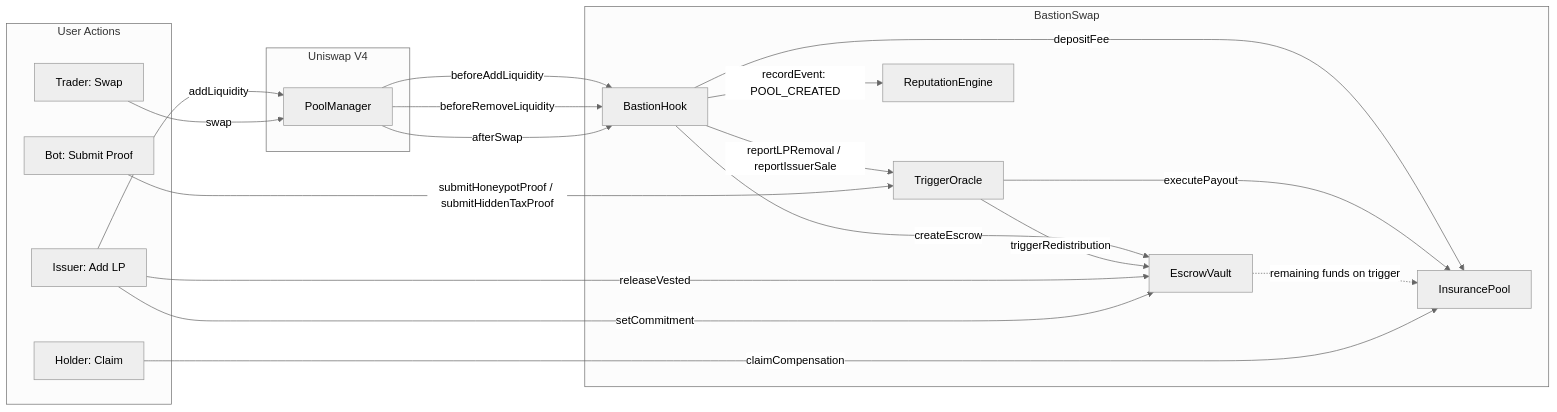
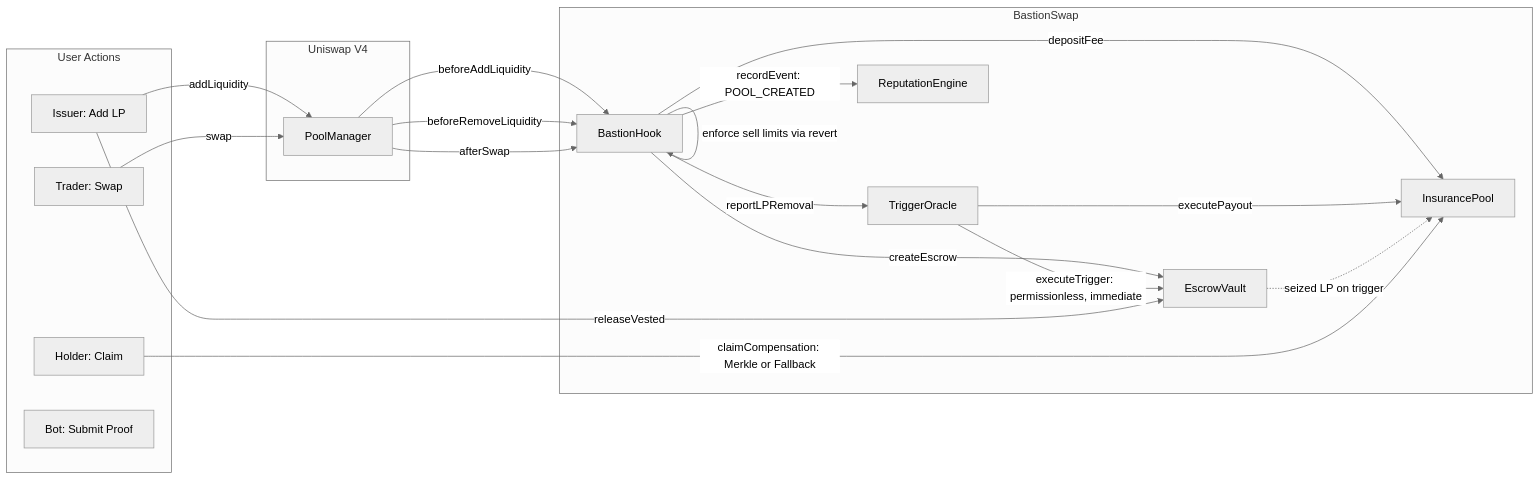
One commit to bastionswap/bastionswap changed the first of 6 diagrams in docs/ARCHITECTURE.md. Above: the diagram before and after it, drawn with Mermaid (neutral theme). The commit also changed other lines of this file and 1 other file, not shown here.

````diff
--- a/docs/ARCHITECTURE.md
+++ b/docs/ARCHITECTURE.md
@@ -11,42 +11,41 @@
 ```mermaid
 graph LR
     subgraph "User Actions"
         IS[Issuer: Add LP]
         TR[Trader: Swap]
         CL[Holder: Claim]
         BOT[Bot: Submit Proof]
     end
 
     subgraph "Uniswap V4"
         PM[PoolManager]
     end
 
     subgraph "BastionSwap"
         BH[BastionHook]
         EV[EscrowVault]
         IP[InsurancePool]
         TO[TriggerOracle]
         RE[ReputationEngine]
     end
 
     IS -->|addLiquidity| PM
     TR -->|swap| PM
     PM -->|beforeAddLiquidity| BH
     PM -->|beforeRemoveLiquidity| BH
     PM -->|afterSwap| BH
 
     BH -->|createEscrow| EV
     BH -->|depositFee| IP
-    BH -->|reportLPRemoval / reportIssuerSale| TO
+    BH -->|reportLPRemoval| TO
+    BH -->|enforce sell limits via revert| BH
     BH -->|recordEvent: POOL_CREATED| RE
 
-    TO -->|triggerRedistribution| EV
+    TO -->|executeTrigger: permissionless, immediate| EV
     TO -->|executePayout| IP
-    BOT -->|submitHoneypotProof / submitHiddenTaxProof| TO
 
-    EV -.->|remaining funds on trigger| IP
-    CL -->|claimCompensation| IP
+    EV -.->|seized LP on trigger| IP
+    CL -->|claimCompensation: Merkle or Fallback| IP
 
     IS -->|releaseVested| EV
-    IS -->|setCommitment| EV
 ```
````
